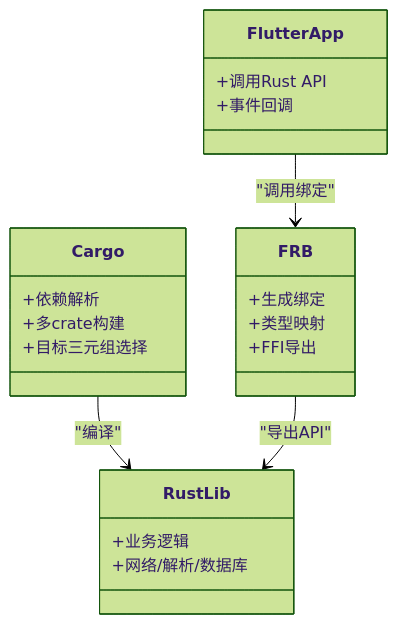
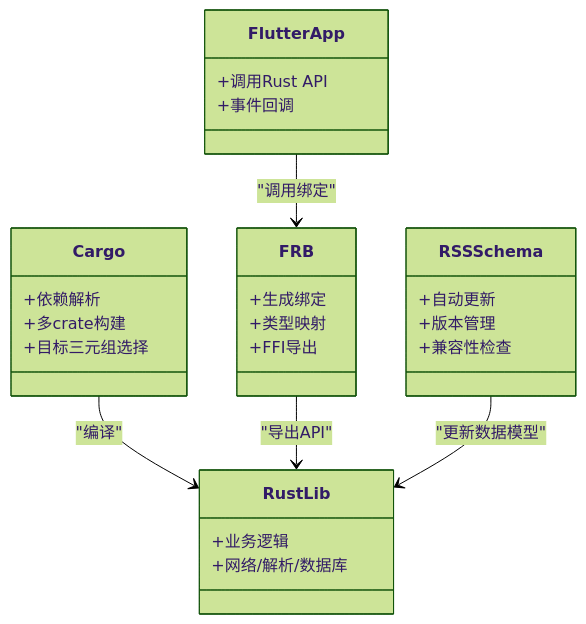
Before and after one commit to ZhangGHGitHub/LegadoTeamFlutter: the fifth of 10 diagrams in .qoder/repowiki/zh/content/构建和部署/构建和部署.md, drawn with Mermaid (forest theme). The commit also changed other lines of this file and 58 other files, not shown here.

````diff
--- a/.qoder/repowiki/zh/content/构建和部署/构建和部署.md
+++ b/.qoder/repowiki/zh/content/构建和部署/构建和部署.md
@@ -275,24 +304,30 @@
 ```mermaid
 classDiagram
 class Cargo {
 +依赖解析
 +多crate构建
 +目标三元组选择
 }
 class FRB {
 +生成绑定
 +类型映射
 +FFI导出
 }
 class RustLib {
 +业务逻辑
 +网络/解析/数据库
 }
 class FlutterApp {
 +调用Rust API
 +事件回调
 }
+class RSSSchema {
++自动更新
++版本管理
++兼容性检查
+}
 Cargo --> RustLib : "编译"
 FRB --> RustLib : "导出API"
 FlutterApp --> FRB : "调用绑定"
+RSSSchema --> RustLib : "更新数据模型"
 ```
````
